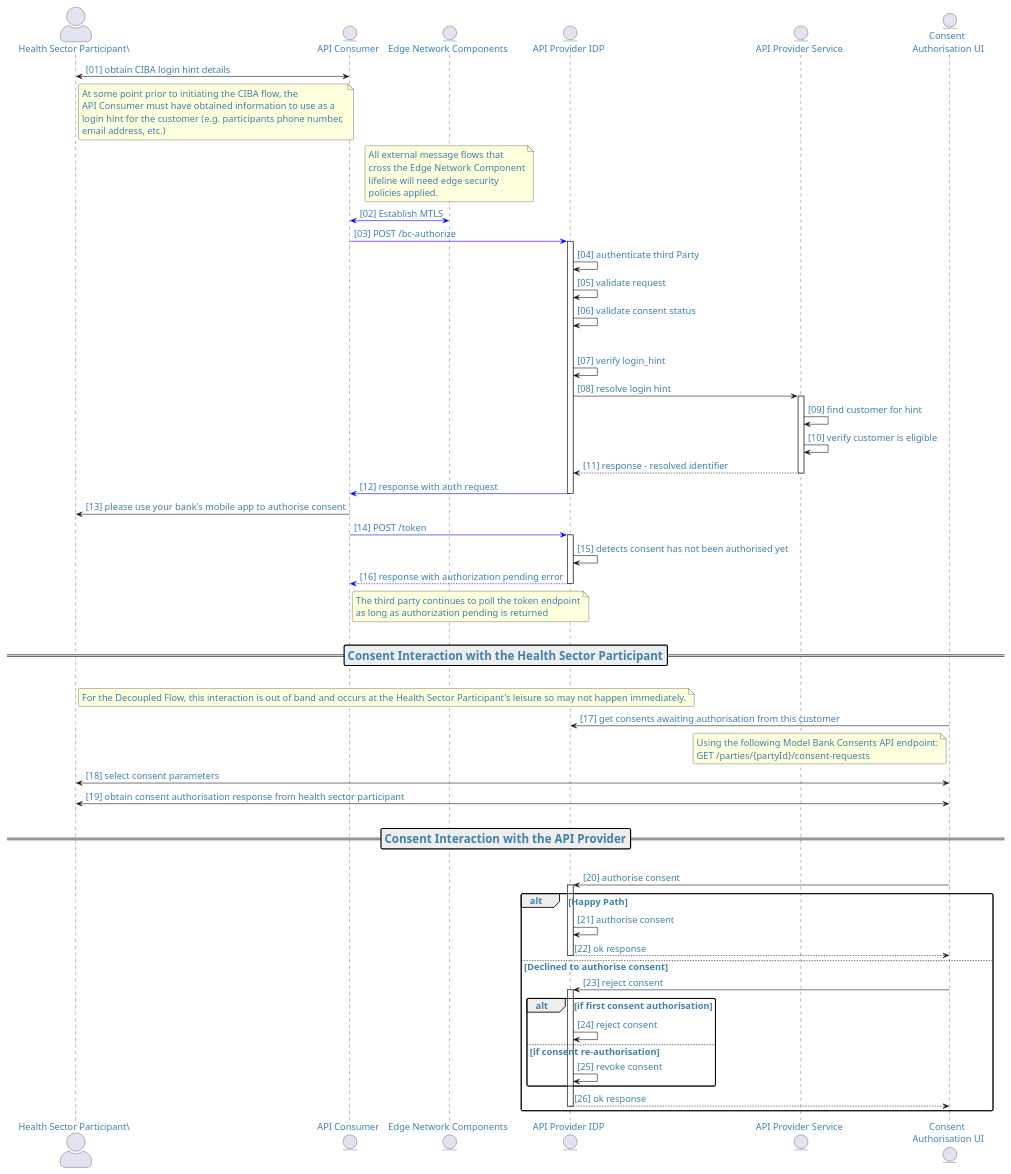
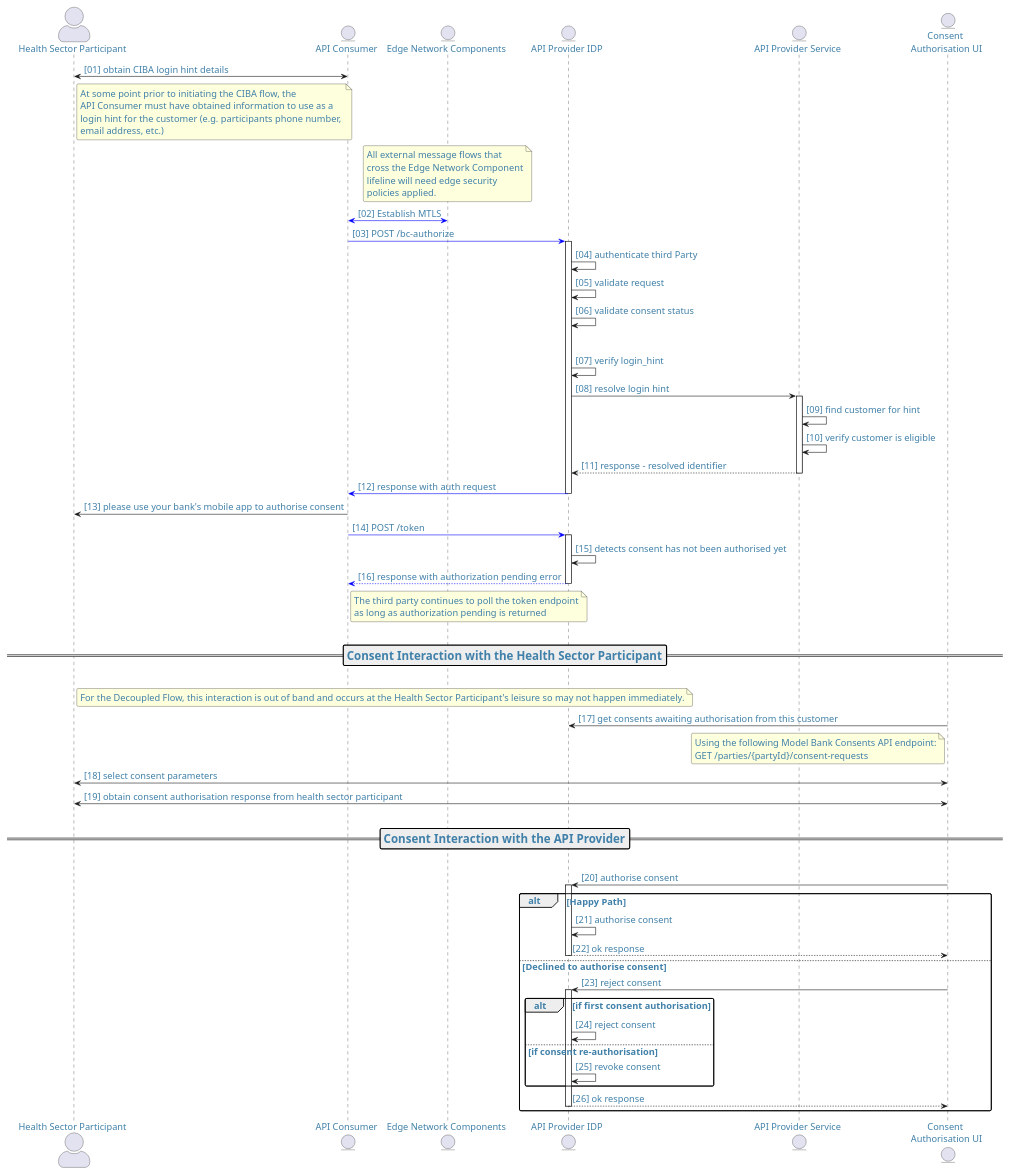
Before and after one commit to tewhatuora/api-standards: the second of 8 diagrams in docs/api-security/03-APIAuthentcationandAuthorisationBasics.md, drawn with PlantUML. The commit also changed 5 other files, not shown here.

```diff
--- a/docs/api-security/03-APIAuthentcationandAuthorisationBasics.md
+++ b/docs/api-security/03-APIAuthentcationandAuthorisationBasics.md
@@ -178,7 +178,7 @@
 scale 700 width
 scale 1768 height
 
-Actor "Health Sector Participant\" as customer
+Actor "Health Sector Participant" as customer
 Entity "API Consumer" as tp
 Entity "Edge Network Components" as edge
 Entity "API Provider IDP" as apipa
```
